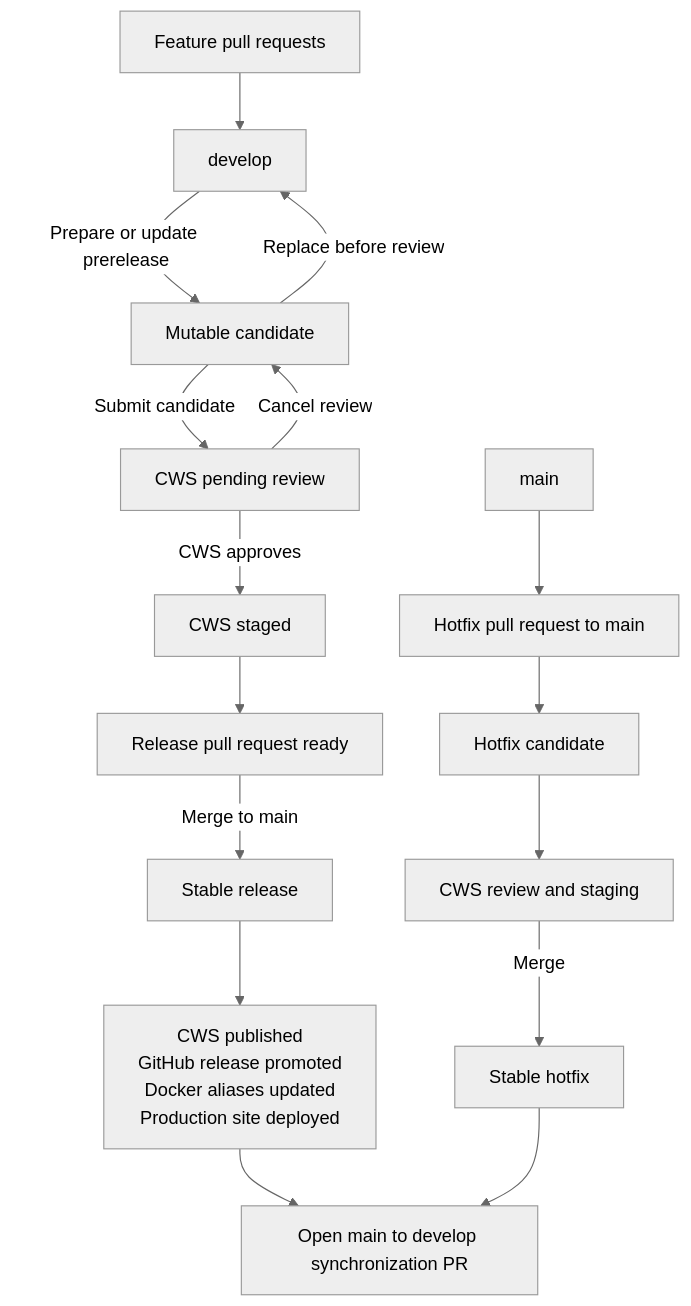
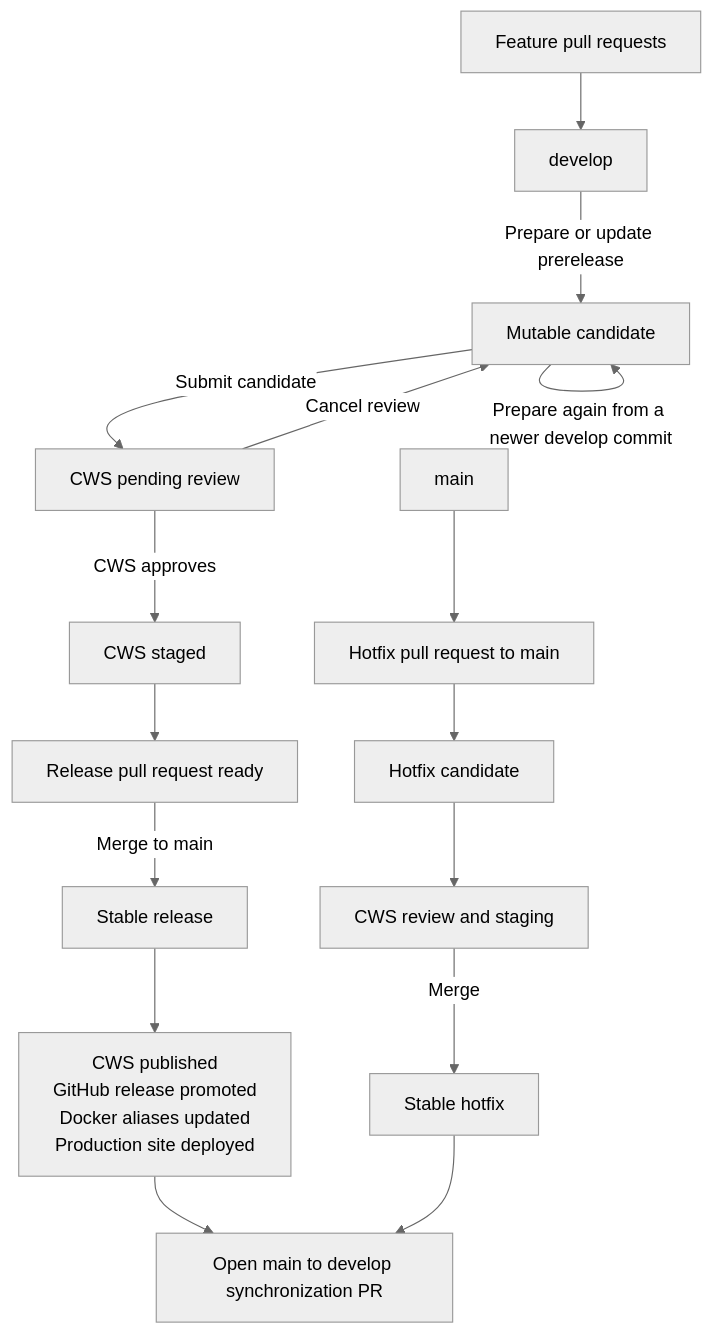
The diagram in RELEASING.md (jamezrin/lurkloot), drawn with Mermaid (neutral theme) before and after one commit. The commit also changed 13 other files, not shown here.

````diff
--- a/RELEASING.md
+++ b/RELEASING.md
@@ -9,19 +9,19 @@
 ```mermaid
 flowchart TD
     F[Feature pull requests] --> D[develop]
     D -->|Prepare or update prerelease| C[Mutable candidate]
-    C -->|Replace before review| D
+    C -->|Prepare again from a newer develop commit| C
     C -->|Submit candidate| R[CWS pending review]
     R -->|Cancel review| C
     R -->|CWS approves| S[CWS staged]
     S --> P[Release pull request ready]
     P -->|Merge to main| L[Stable release]
     L --> O[CWS published<br/>GitHub release promoted<br/>Docker aliases updated<br/>Production site deployed]
     O --> FM[Open main to develop synchronization PR]
 
     M[main] --> H[Hotfix pull request to main]
     H --> HC[Hotfix candidate]
     HC --> HR[CWS review and staging]
     HR -->|Merge| HL[Stable hotfix]
     HL --> FM
 ```
````
